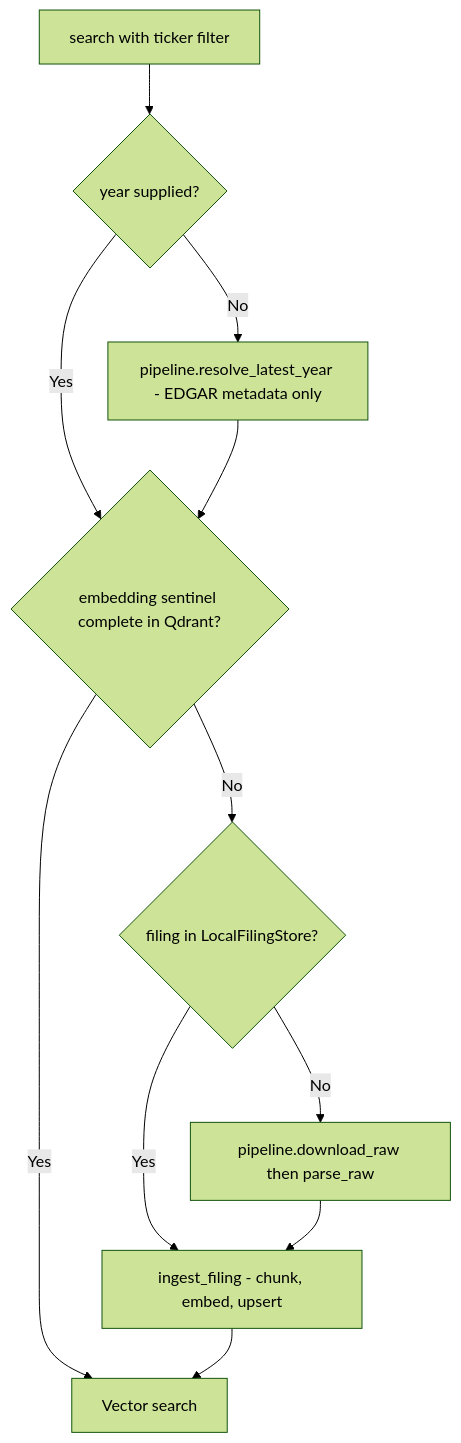
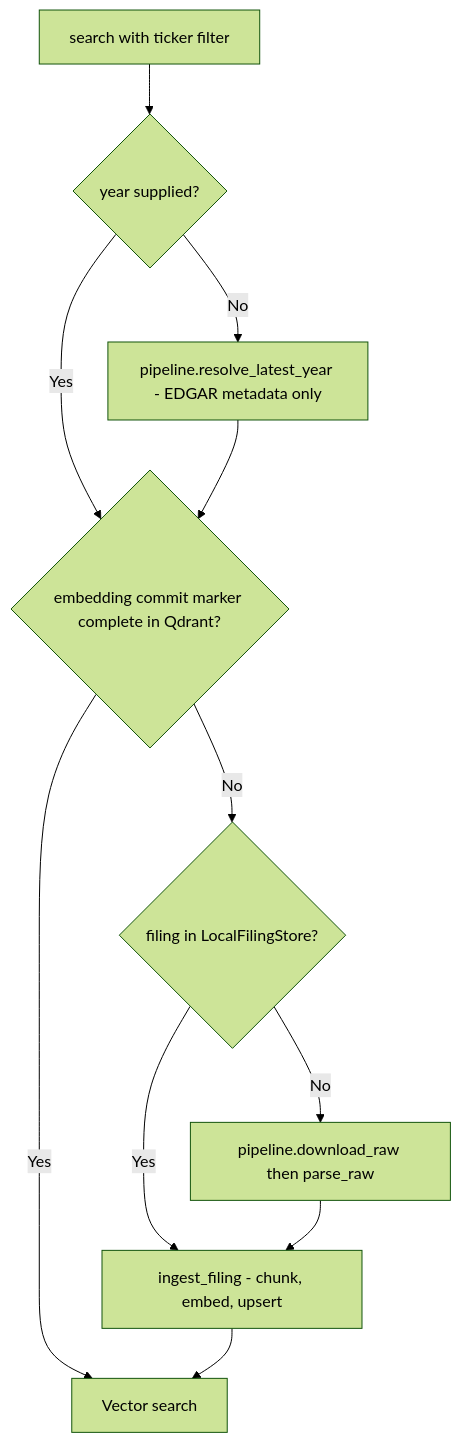
The second of 2 diagrams in docs/agent_architecture.md (wei-yiting/fin-lab-x), drawn with Mermaid (forest theme) before and after one commit. The commit also changed other lines of this file and 16 other files, not shown here.

First line of the commit message:
docs: ratified domain glossary + agent-skills config; adopt commit-marker vocabulary (#18)

````diff
--- a/docs/agent_architecture.md
+++ b/docs/agent_architecture.md
@@ -108,13 +108,13 @@
 ```mermaid
 flowchart TD
     Q[search with ticker filter] --> Y{year supplied?}
     Y -->|No| RL[pipeline.resolve_latest_year - EDGAR metadata only]
     Y -->|Yes| ES
-    RL --> ES{embedding sentinel complete in Qdrant?}
+    RL --> ES{embedding commit marker complete in Qdrant?}
     ES -->|Yes| VS[Vector search]
     ES -->|No| FS{filing in LocalFilingStore?}
     FS -->|Yes| IN[ingest_filing - chunk, embed, upsert]
     FS -->|No| DL[pipeline.download_raw then parse_raw]
     DL --> IN
     IN --> VS
 ```
````
